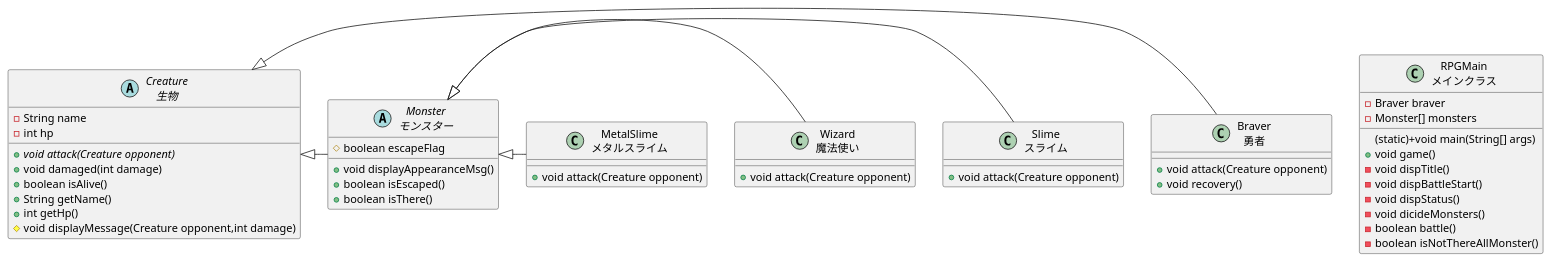
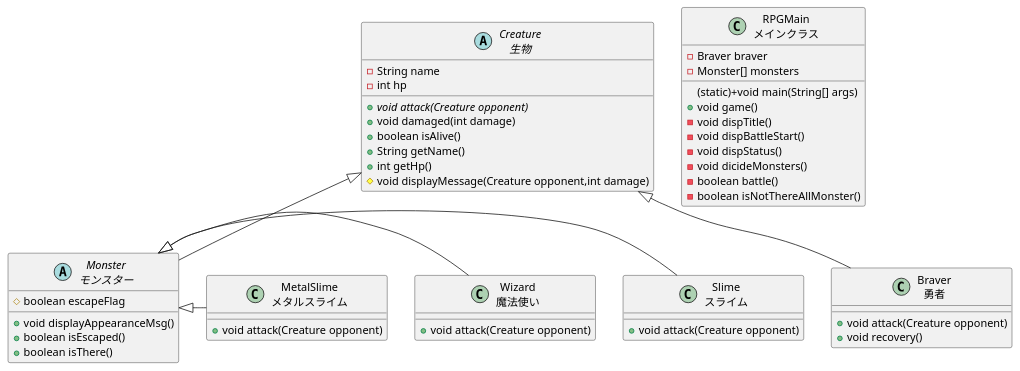
The diagram in classes.md (nishino-naoyuki/2021design), drawn with PlantUML before and after one commit.

````diff
--- a/classes.md
+++ b/classes.md
@@ -1,52 +1,52 @@
 ```UML
 @startuml
 abstract class "Creature\n生物" as creature{
   -String name
   -int hp
   {abstract} +void attack(Creature opponent)
   +void damaged(int damage)
   +boolean isAlive()
   +String getName()
   +int getHp()
   #void displayMessage(Creature opponent,int damage)
 }
 class "Braver\n勇者" as braver{
   +void attack(Creature opponent)
   +void recovery()
 }
 abstract class "Monster\nモンスター" as monster{
   #boolean escapeFlag
   +void displayAppearanceMsg()
   +boolean isEscaped()
   +boolean isThere()
 }
 class "Slime\nスライム" as slime{
   +void attack(Creature opponent)
 }
 class "Wizard\n魔法使い" as wizard{
   +void attack(Creature opponent)
 }
 class "MetalSlime\nメタルスライム" as metalSlime{
   +void attack(Creature opponent)
 }
 
 class "RPGMain\nメインクラス" as main{
   -Braver braver
   -Monster[] monsters
   (static)+void main(String[] args)
   +void game()
   -void dispTitle()
   -void dispBattleStart()
   -void dispStatus()
   -void dicideMonsters()
   -boolean battle()
   -boolean isNotThereAllMonster()
 }
 
-creature <|- braver
-creature <|- monster
+creature <|-- braver
+creature <|-- monster
 monster <|- slime
 monster <|- wizard
 monster <|- metalSlime
 @enduml
 ```
````
